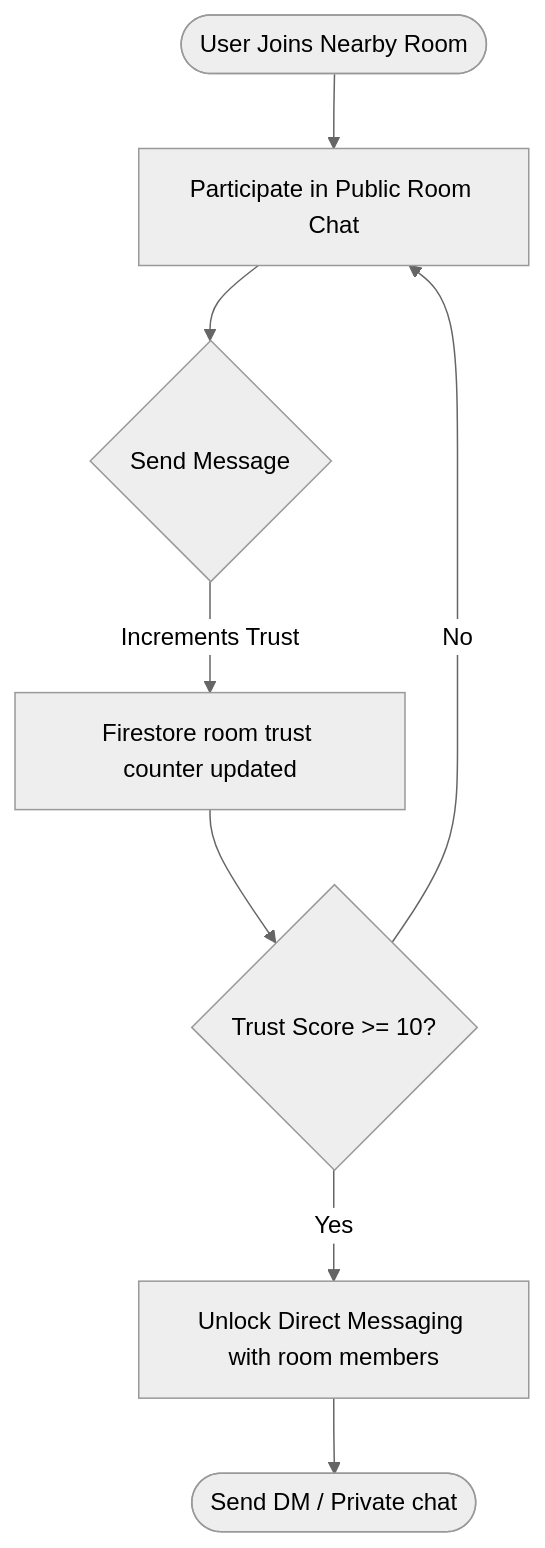
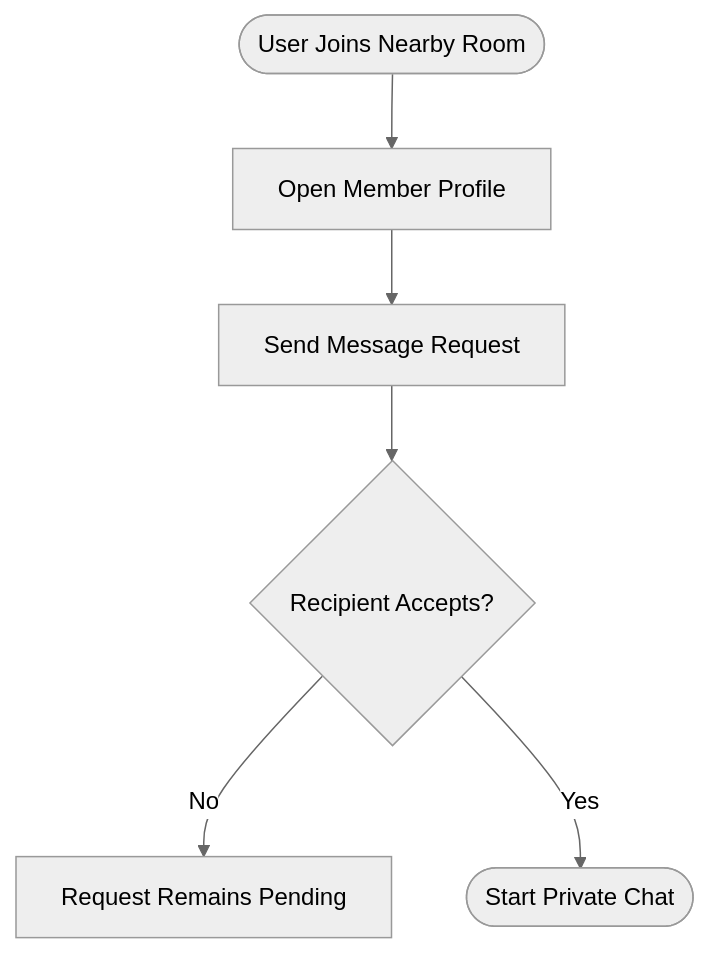
Before and after one commit to kamalhara/spotus: the diagram in README.md, drawn with Mermaid (neutral theme). The commit also changed other lines of this file and 10 other files, not shown here.

````diff
--- a/README.md
+++ b/README.md
@@ -45,10 +45,8 @@
 ```mermaid
 flowchart TD
-    A([User Joins Nearby Room]) --> B[Participate in Public Room Chat]
-    B --> C{Send Message}
-    C -->|Increments Trust| D[Firestore room trust counter updated]
-    D --> E{Trust Score >= 10?}
-    E -->|No| B
-    E -->|Yes| F[Unlock Direct Messaging with room members]
-    F --> G([Send DM / Private chat])
+    A([User Joins Nearby Room]) --> B[Open Member Profile]
+    B --> C[Send Message Request]
+    C --> D{Recipient Accepts?}
+    D -->|No| E[Request Remains Pending]
+    D -->|Yes| F([Start Private Chat])
 ```
````
